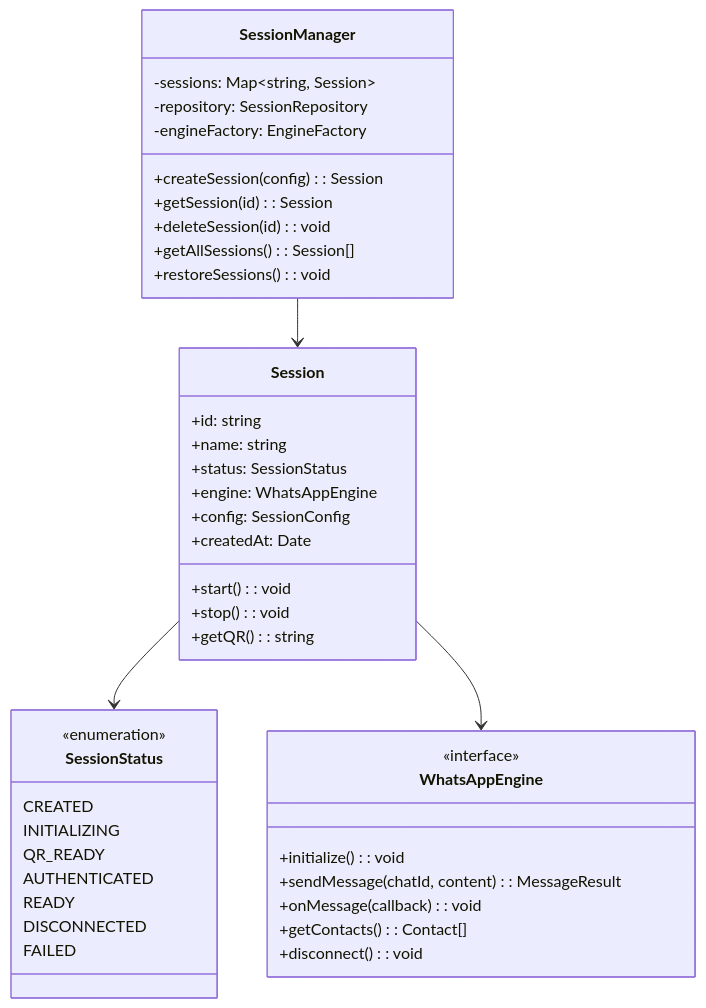
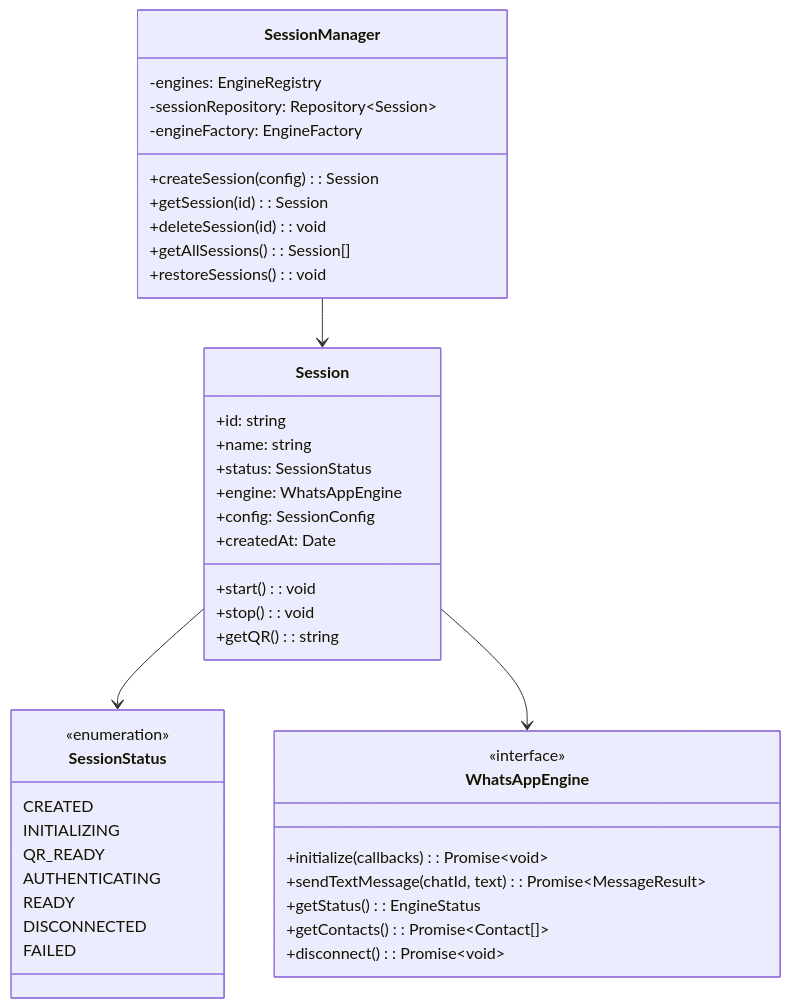
Before and after one commit to Carnaval-Team/VentIQ-seller-App: the ninth of 24 diagrams in ventiq_admin_app/docs_wapi/03-system-architecture.md, drawn with Mermaid. The commit also changed other lines of this file and 39 other files, not shown here.

````diff
--- a/ventiq_admin_app/docs_wapi/03-system-architecture.md
+++ b/ventiq_admin_app/docs_wapi/03-system-architecture.md
@@ -491,49 +452,49 @@
 ```mermaid
 classDiagram
     class SessionManager {
-        -sessions: Map~string, Session~
-        -repository: SessionRepository
+        -engines: EngineRegistry
+        -sessionRepository: Repository~Session~
         -engineFactory: EngineFactory
         +createSession(config): Session
         +getSession(id): Session
         +deleteSession(id): void
         +getAllSessions(): Session[]
         +restoreSessions(): void
     }
-    
+
     class Session {
         +id: string
         +name: string
         +status: SessionStatus
         +engine: WhatsAppEngine
         +config: SessionConfig
         +createdAt: Date
         +start(): void
         +stop(): void
         +getQR(): string
     }
-    
+
     class SessionStatus {
         <<enumeration>>
         CREATED
         INITIALIZING
         QR_READY
-        AUTHENTICATED
+        AUTHENTICATING
         READY
         DISCONNECTED
         FAILED
     }
-    
+
     class WhatsAppEngine {
         <<interface>>
-        +initialize(): void
-        +sendMessage(chatId, content): MessageResult
-        +onMessage(callback): void
-        +getContacts(): Contact[]
-        +disconnect(): void
+        +initialize(callbacks): Promise~void~
+        +sendTextMessage(chatId, text): Promise~MessageResult~
+        +getStatus(): EngineStatus
+        +getContacts(): Promise~Contact[]~
+        +disconnect(): Promise~void~
     }
-    
+
     SessionManager --> Session
     Session --> SessionStatus
     Session --> WhatsAppEngine
 ```
````
